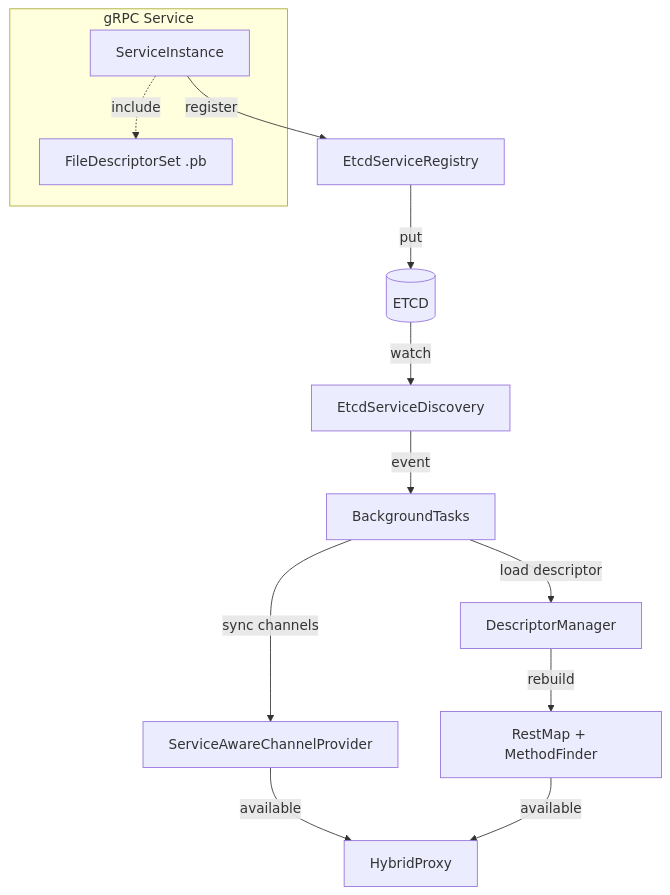
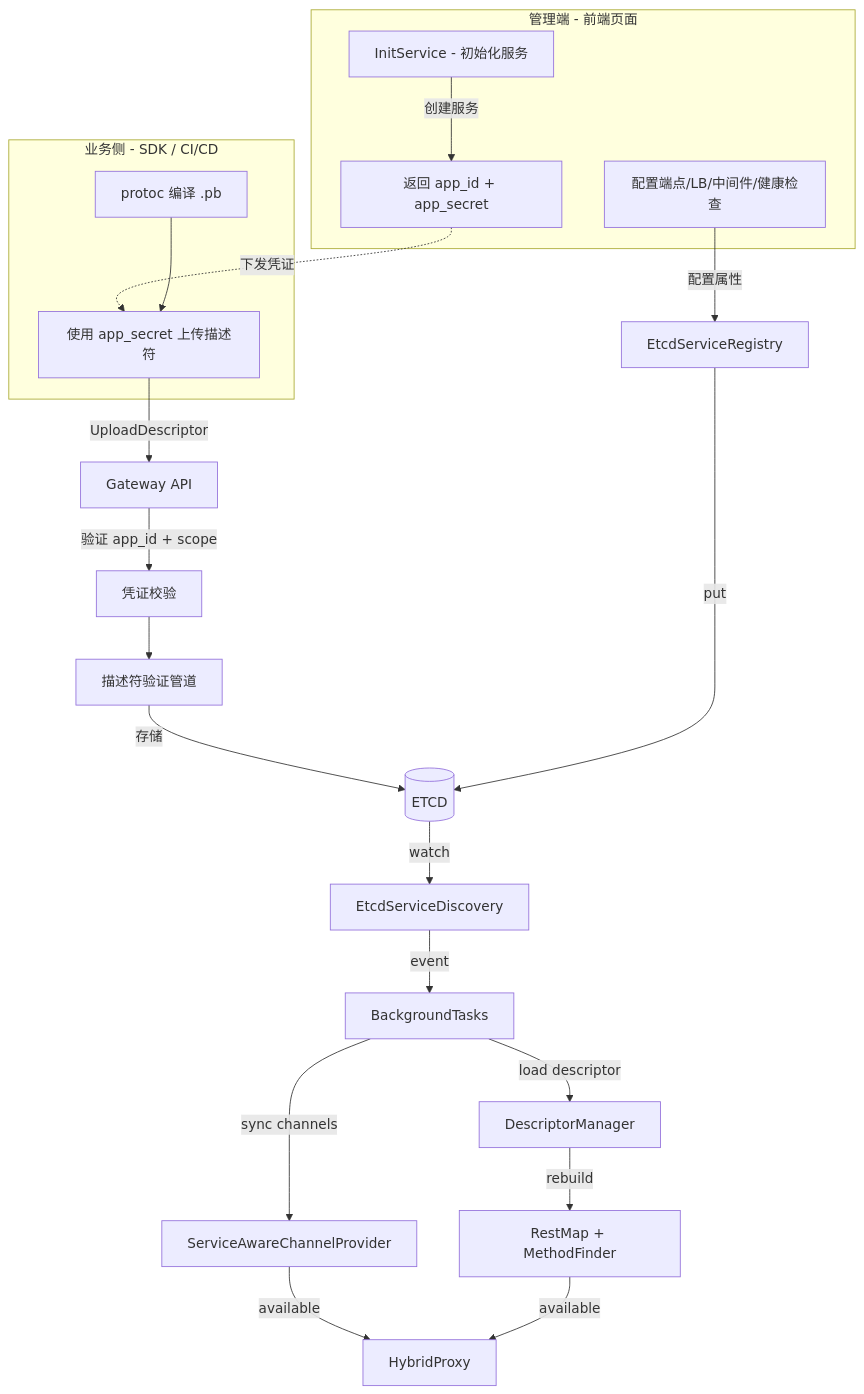
One commit to ahaeureka/stew-docs changed the first of 2 diagrams in 服务发现与热加载.md. Above: the diagram before and after it, drawn with Mermaid. The commit also changed other lines of this file and 4 other files, not shown here.

````diff
--- a/服务发现与热加载.md
+++ b/服务发现与热加载.md
@@ -36,19 +52,31 @@
 ```mermaid
 flowchart TB
-  subgraph Service[gRPC Service]
-    S1[ServiceInstance]
-    S2[FileDescriptorSet .pb]
+  subgraph Admin[管理端 - 前端页面]
+    A1[InitService - 初始化服务]
+    A2[配置端点/LB/中间件/健康检查]
+    A3[返回 app_id + app_secret]
   end
 
-  S1 -. include .-> S2
-  S1 -->|register| REG[EtcdServiceRegistry]
-  REG -->|put| ETCD[(ETCD)]
+  subgraph Business[业务侧 - SDK / CI/CD]
+    B1[protoc 编译 .pb]
+    B2[使用 app_secret 上传描述符]
+  end
+
+  A1 -->|创建服务| A3
+  A2 -->|配置属性| REG[EtcdServiceRegistry]
+  A3 -.->|下发凭证| B2
+  B1 --> B2
+  B2 -->|UploadDescriptor| GW[Gateway API]
+  GW -->|验证 app_id + scope| AUTH[凭证校验]
+  AUTH --> VP[描述符验证管道]
+  VP -->|存储| ETCD[(ETCD)]
+  REG -->|put| ETCD
   ETCD -->|watch| DISC[EtcdServiceDiscovery]
   DISC -->|event| BG[BackgroundTasks]
 
   BG -->|sync channels| SAP[ServiceAwareChannelProvider]
   BG -->|load descriptor| DM[DescriptorManager]
   DM -->|rebuild| RM[RestMap + MethodFinder]
   SAP -->|available| HP[HybridProxy]
   RM -->|available| HP
 ```
````
